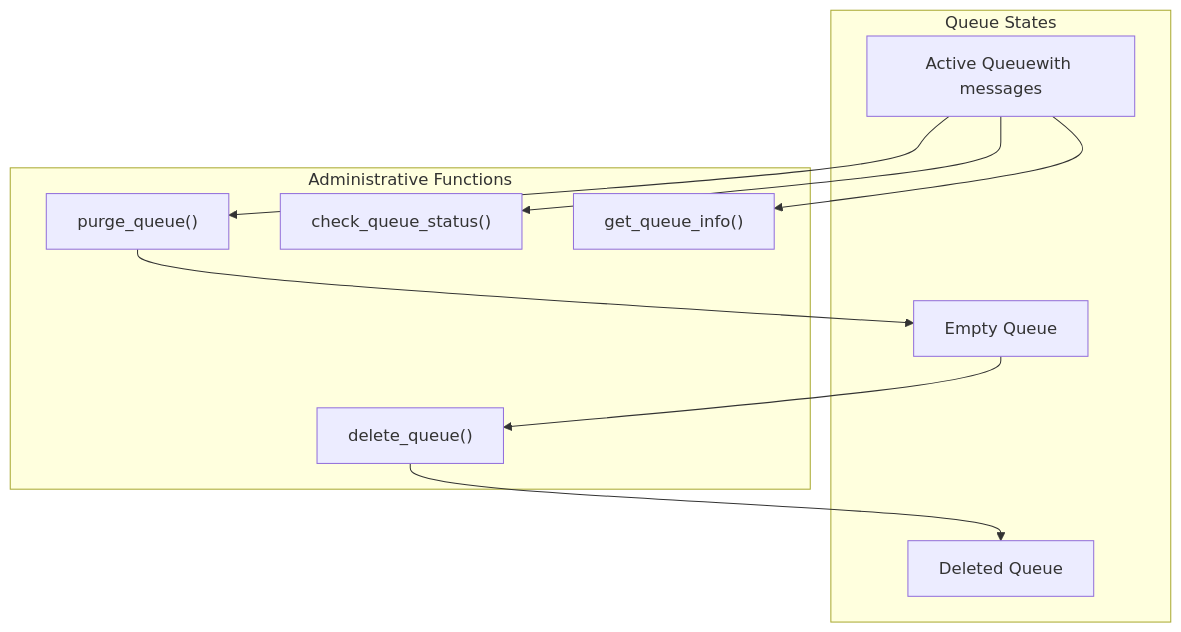
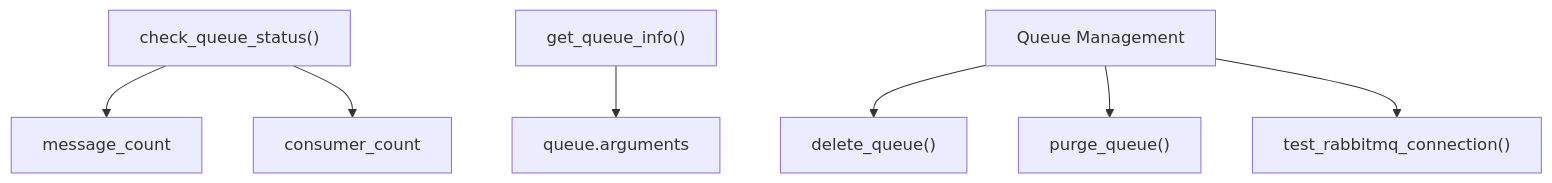
The third of 3 diagrams in docs/wiki/Message-Queue-Integration.md (chenyx2012/openchecker), drawn with Mermaid before and after one commit. The commit also changed other lines of this file and 45 other files, not shown here.

````diff
--- a/docs/wiki/Message-Queue-Integration.md
+++ b/docs/wiki/Message-Queue-Integration.md
@@ -296,30 +112,20 @@
 ```mermaid
 flowchart TD
 
-DeleteQueue["delete_queue()"]
-PurgeQueue["purge_queue()"]
 CheckStatus["check_queue_status()"]
+MessageCount["message_count"]
+ConsumerCount["consumer_count"]
 GetInfo["get_queue_info()"]
-ActiveQueue["Active Queuewith messages"]
-EmptyQueue["Empty Queue"]
-DeletedQueue["Deleted Queue"]
+QueueArgs["queue.arguments"]
+Management["Queue Management"]
+Delete["delete_queue()"]
+Purge["purge_queue()"]
+Test["test_rabbitmq_connection()"]
 
-    ActiveQueue --> PurgeQueue
-    PurgeQueue --> EmptyQueue
-    EmptyQueue --> DeleteQueue
-    DeleteQueue --> DeletedQueue
-    ActiveQueue --> CheckStatus
-    ActiveQueue --> GetInfo
-subgraph Queue_States ["Queue States"]
-    ActiveQueue
-    EmptyQueue
-    DeletedQueue
-end
-
-subgraph Administrative_Functions ["Administrative Functions"]
-    DeleteQueue
-    PurgeQueue
-    CheckStatus
-    GetInfo
-end
+CheckStatus --> MessageCount
+CheckStatus --> ConsumerCount
+GetInfo --> QueueArgs
+Management --> Delete
+Management --> Purge
+Management --> Test
 ```
````
